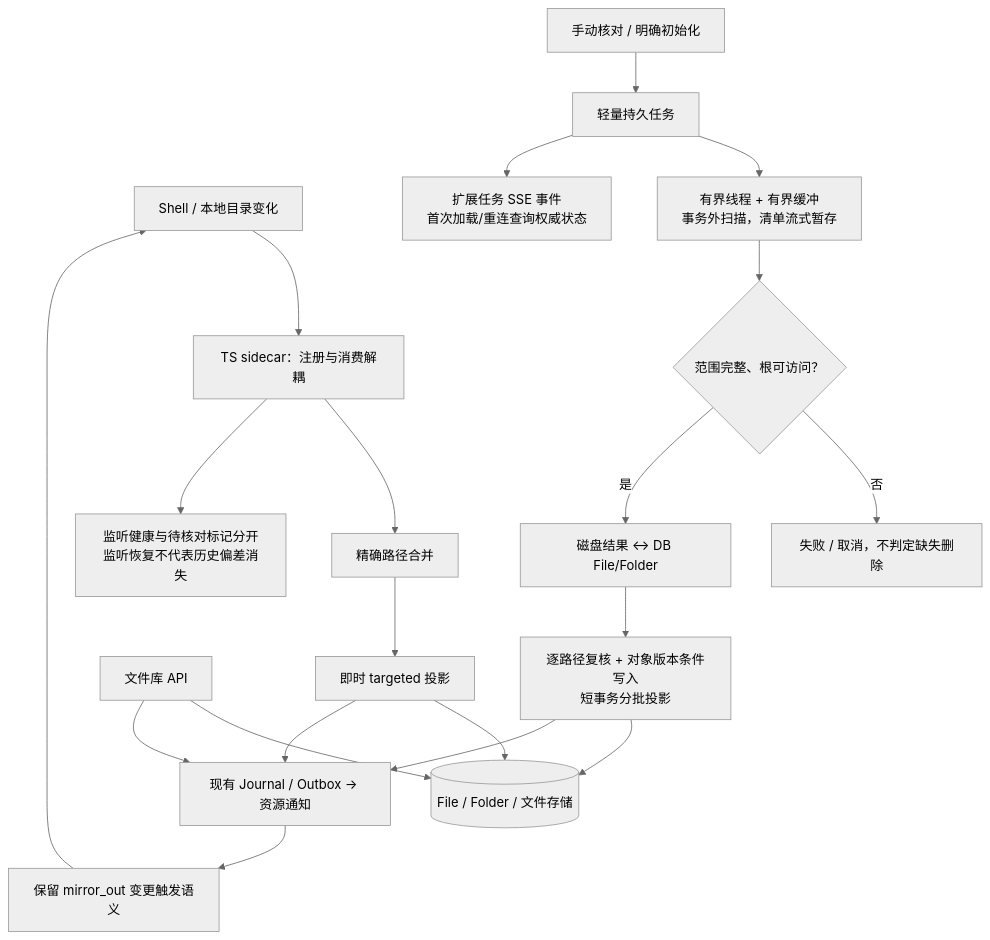
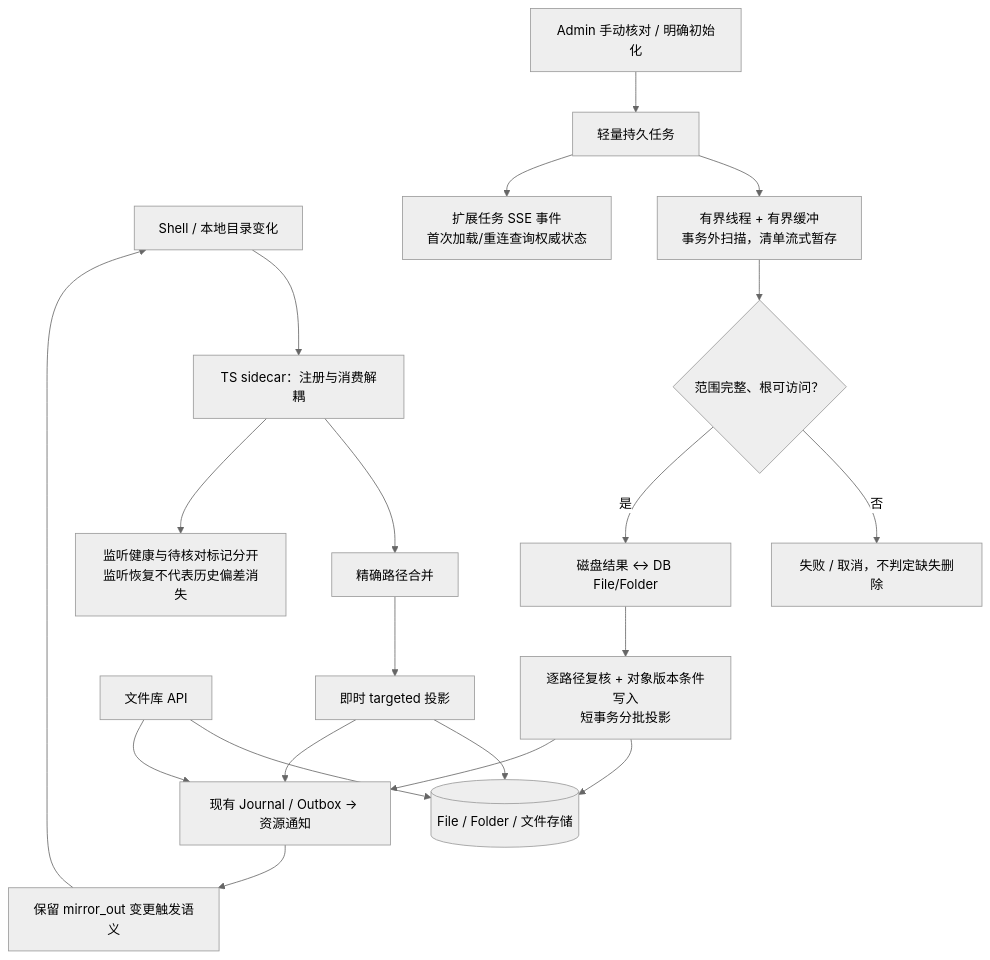
One commit to Coffeiz/Gugu-web changed the diagram in docs/prds/PRD-FS-7-实时文件同步与手动异步对账.md. Above: the diagram before and after it, drawn with Mermaid (neutral theme). The commit also changed other lines of this file and 6 other files, not shown here.

````diff
--- a/docs/prds/PRD-FS-7-实时文件同步与手动异步对账.md
+++ b/docs/prds/PRD-FS-7-实时文件同步与手动异步对账.md
@@ -35,23 +35,23 @@
 ```mermaid
 flowchart TB
   Local["Shell / 本地目录变化"] --> Watch["TS sidecar：注册与消费解耦"]
   Watch --> Exact["精确路径合并"]
   Exact --> Target["即时 targeted 投影"]
   Target --> Library[("File / Folder / 文件存储")]
   Target --> Events["现有 Journal / Outbox → 资源通知"]
   FileAPI["文件库 API"] --> Library
   FileAPI --> Events
 
-  Manual["手动核对 / 明确初始化"] --> Run["轻量持久任务"]
+  Admin["Admin 手动核对 / 明确初始化"] --> Run["轻量持久任务"]
   Run --> Scan["有界线程 + 有界缓冲\n事务外扫描，清单流式暂存"]
   Scan --> Complete{"范围完整、根可访问？"}
   Complete -->|否| Stop["失败 / 取消，不判定缺失删除"]
   Complete -->|是| Compare["磁盘结果 ↔ DB File/Folder"]
   Compare --> Apply["逐路径复核 + 对象版本条件写入\n短事务分批投影"]
   Apply --> Library
   Apply --> Events
   Run --> Status["扩展任务 SSE 事件\n首次加载/重连查询权威状态"]
   Watch --> Health["监听健康与待核对标记分开\n监听恢复不代表历史偏差消失"]
   Events --> Mirror["保留 mirror_out 变更触发语义"]
   Mirror --> Local
 ```
````
